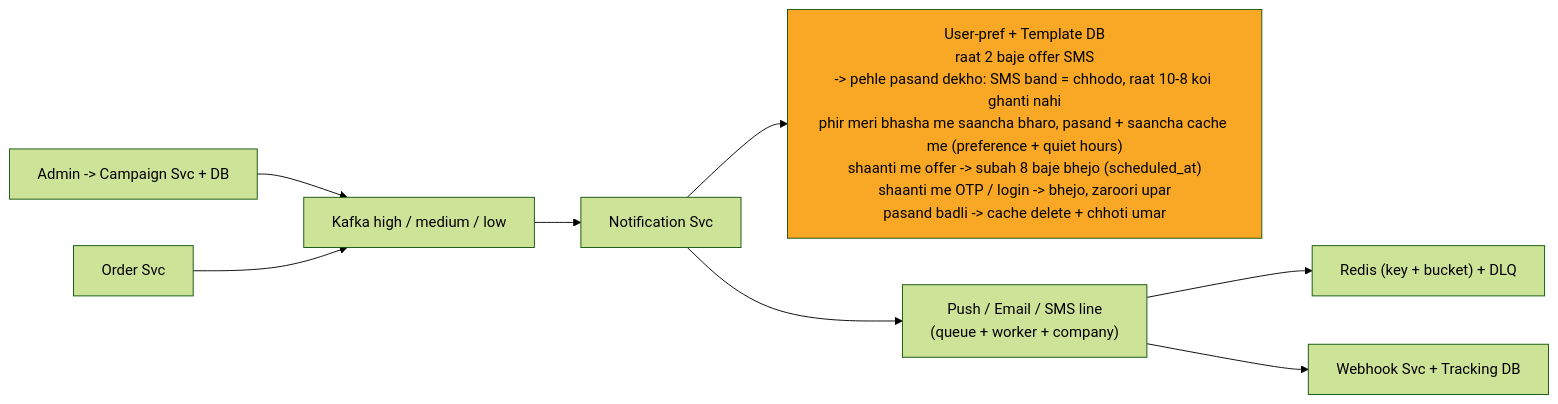
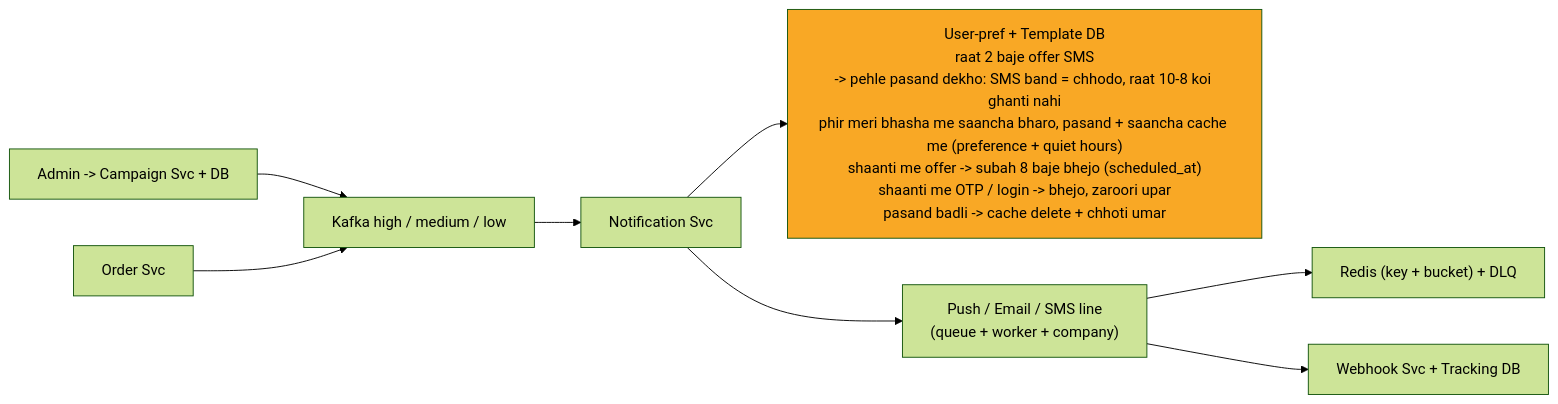
One commit to ArpanMaheshwari144/Prep changed diagram 12 of 13 in 04_HLD/SYSTEM_DESIGNS/04_notification_system/04_notification_system.md. Above: the diagram before and after it, drawn with Mermaid (forest theme). The commit also changed other lines of this file and 182 other files, not shown here.

Commit message:
hld 14 file: har diagram mermaid-cli se SVG image (source details me), n_pad hataya, render tool 04_HLD/tools

````diff
--- a/04_HLD/SYSTEM_DESIGNS/04_notification_system/04_notification_system.md
+++ b/04_HLD/SYSTEM_DESIGNS/04_notification_system/04_notification_system.md
@@ -519,23 +567,20 @@
 ```mermaid
 %%{init: {"flowchart": {"wrappingWidth": 450}}}%%
 flowchart LR
     n_CAMP["Admin -> Campaign Svc + DB"]
     n_Order_Svc["Order Svc"]
     n_Kafka["Kafka high / medium / low"]
     n_Notification_Svc["Notification Svc"]
     n_PREF["User-pref + Template DB<br/>raat 2 baje offer SMS<br/>-> pehle pasand dekho: SMS band = chhodo, raat 10-8 koi ghanti nahi<br/>phir meri bhasha me saancha bharo, pasand + saancha cache me (preference + quiet hours)<br/>shaanti me offer -> subah 8 baje bhejo (scheduled_at)<br/>shaanti me OTP / login -> bhejo, zaroori upar<br/>pasand badli -> cache delete + chhoti umar"]
     n_LINES["Push / Email / SMS line<br/>(queue + worker + company)"]
     n_RDLQ["Redis (key + bucket) + DLQ"]
     n_WH["Webhook Svc + Tracking DB"]
     n_CAMP --> n_Kafka
     n_Order_Svc --> n_Kafka
     n_Kafka --> n_Notification_Svc
     n_Notification_Svc --> n_PREF
     n_Notification_Svc --> n_LINES
     n_LINES --> n_RDLQ
     n_LINES --> n_WH
-    n_pad["xxxxxxxxxxxxxxxx"]
-    n_PREF ~~~ n_pad
     style n_PREF fill:#f9a825,color:#000
-    style n_pad fill:none,stroke:none,color:#ffffff00
 ```
````
